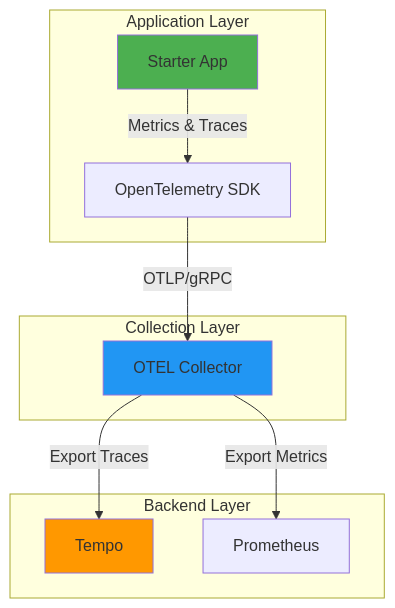
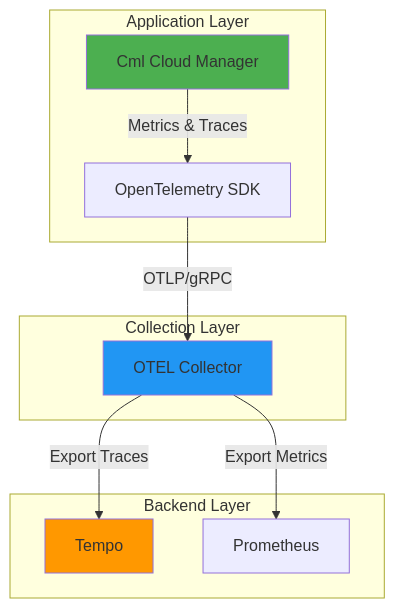
The first of 3 diagrams in docs/observability/architecture.md (bvandewe/CML-Cloud-Manager), drawn with Mermaid before and after one commit. The commit also changed other lines of this file and 80 other files, not shown here.

````diff
--- a/docs/observability/architecture.md
+++ b/docs/observability/architecture.md
@@ -16,31 +16,31 @@
 ```mermaid
 graph TB
-    App[Starter App]
+    App[Cml Cloud Manager]
     OTel[OpenTelemetry SDK]
     Collector[OTEL Collector]
     Tempo[Tempo]
     Prometheus[Prometheus]
 
     App -->|Metrics & Traces| OTel
     OTel -->|OTLP/gRPC| Collector
     Collector -->|Export Traces| Tempo
     Collector -->|Export Metrics| Prometheus
 
     subgraph "Application Layer"
         App
         OTel
     end
 
     subgraph "Collection Layer"
         Collector
     end
 
     subgraph "Backend Layer"
         Tempo
         Prometheus
     end
 
     style App fill:#4CAF50
     style Collector fill:#2196F3
     style Tempo fill:#FF9800
 ```
````
